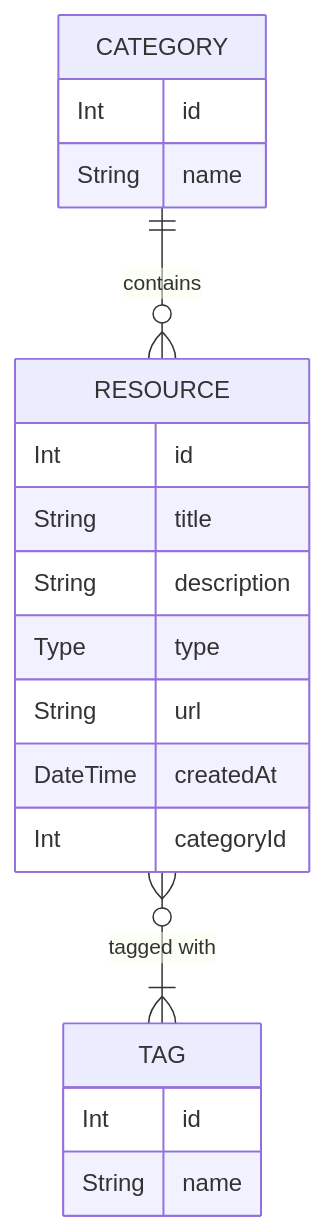
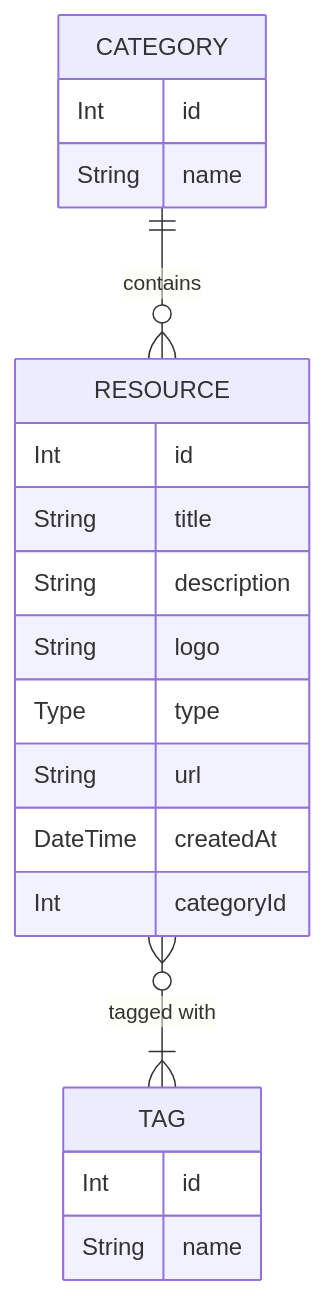
One commit to skorter/resources-hub changed the diagram in docs/schema.md. Above: the diagram before and after it, drawn with Mermaid. The commit also changed 16 other files, not shown here.

````diff
--- a/docs/schema.md
+++ b/docs/schema.md
@@ -1,22 +1,23 @@
 ```mermaid
 erDiagram
 RESOURCE {
 Int id
 String title
 String description
+String logo
 Type type
 String url
 DateTime createdAt
 Int categoryId
 }
 CATEGORY {
 Int id
 String name
 }
 TAG {
 Int id
 String name
 }
 CATEGORY ||--o{ RESOURCE : "contains"
 RESOURCE }o--|{ TAG : "tagged with"
 ```
````
